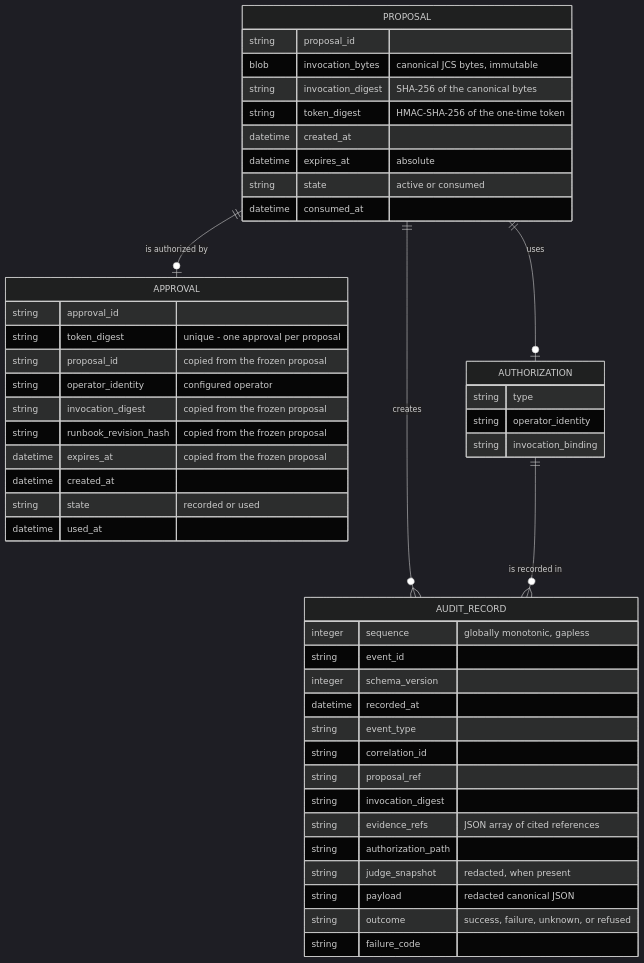
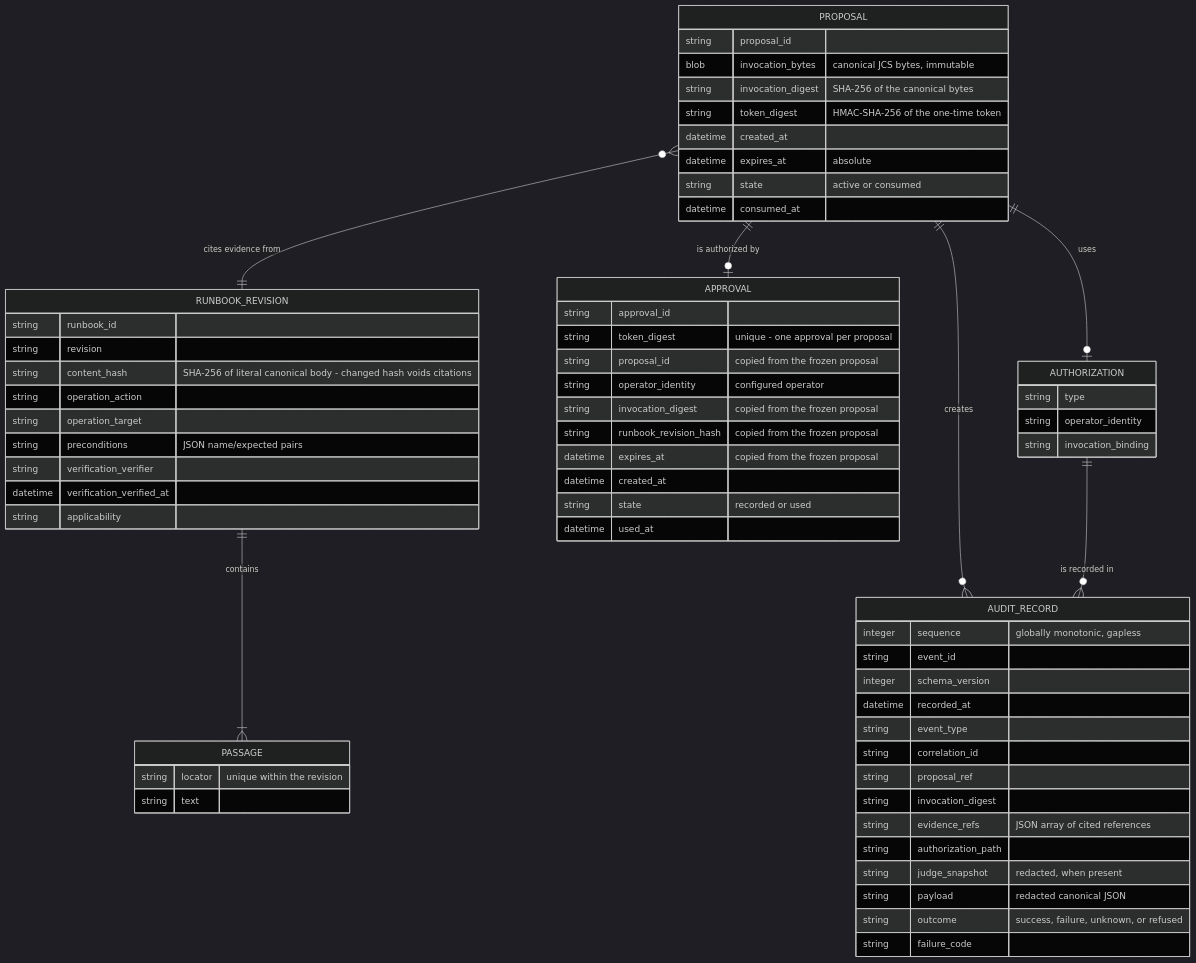
The second of 2 diagrams in docs/architecture.md (alanfong93/ops-guard), drawn with Mermaid (dark theme) before and after one commit. The commit also changed other lines of this file and 10 other files, not shown here.

First line of the commit message:
feat: human-verified runbook evidence contract (#8) (#22)

````diff
--- a/docs/architecture.md
+++ b/docs/architecture.md
@@ -28,50 +28,67 @@
 ```mermaid
 erDiagram
+    RUNBOOK_REVISION ||--|{ PASSAGE : "contains"
+    PROPOSAL }o--|| RUNBOOK_REVISION : "cites evidence from"
     PROPOSAL ||--o| APPROVAL : "is authorized by"
     PROPOSAL ||--o| AUTHORIZATION : "uses"
     PROPOSAL ||--o{ AUDIT_RECORD : "creates"
     AUTHORIZATION ||--o{ AUDIT_RECORD : "is recorded in"
+    RUNBOOK_REVISION {
+        string runbook_id
+        string revision
+        string content_hash "SHA-256 of literal canonical body - changed hash voids citations"
+        string operation_action
+        string operation_target
+        string preconditions "JSON name/expected pairs"
+        string verification_verifier
+        datetime verification_verified_at
+        string applicability
+    }
+    PASSAGE {
+        string locator "unique within the revision"
+        string text
+    }
     PROPOSAL {
         string proposal_id
         blob invocation_bytes "canonical JCS bytes, immutable"
         string invocation_digest "SHA-256 of the canonical bytes"
         string token_digest "HMAC-SHA-256 of the one-time token"
         datetime created_at
         datetime expires_at "absolute"
         string state "active or consumed"
         datetime consumed_at
     }
     APPROVAL {
         string approval_id
         string token_digest "unique - one approval per proposal"
         string proposal_id "copied from the frozen proposal"
         string operator_identity "configured operator"
         string invocation_digest "copied from the frozen proposal"
         string runbook_revision_hash "copied from the frozen proposal"
         datetime expires_at "copied from the frozen proposal"
         datetime created_at
         string state "recorded or used"
         datetime used_at
     }
     AUTHORIZATION {
         string type
         string operator_identity
         string invocation_binding
     }
     AUDIT_RECORD {
         integer sequence "globally monotonic, gapless"
         string event_id
         integer schema_version
         datetime recorded_at
         string event_type
         string correlation_id
         string proposal_ref
         string invocation_digest
         string evidence_refs "JSON array of cited references"
         string authorization_path
         string judge_snapshot "redacted, when present"
         string payload "redacted canonical JSON"
         string outcome "success, failure, unknown, or refused"
         string failure_code
     }
 ```
````
